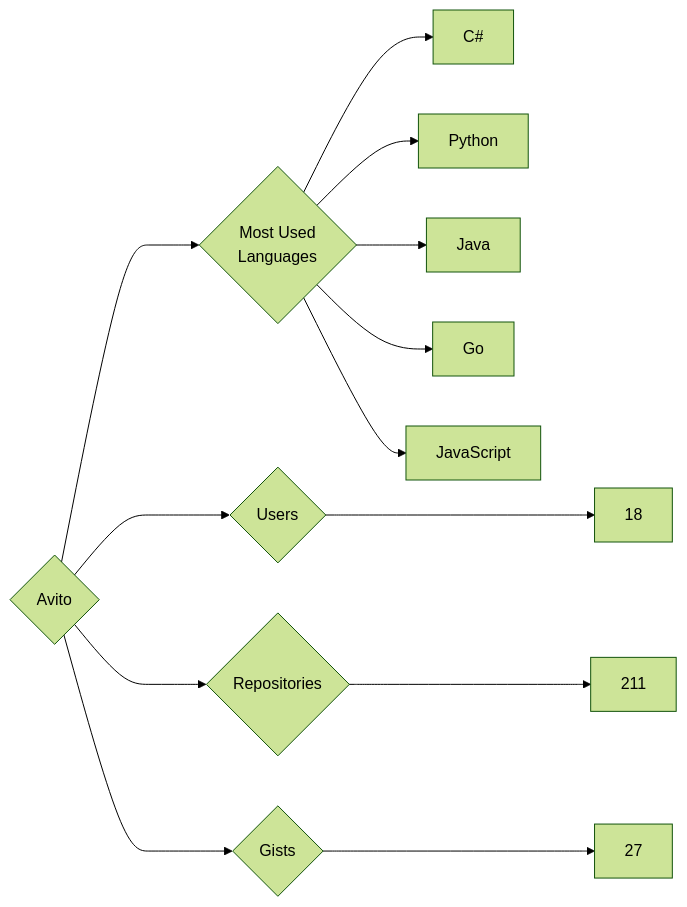
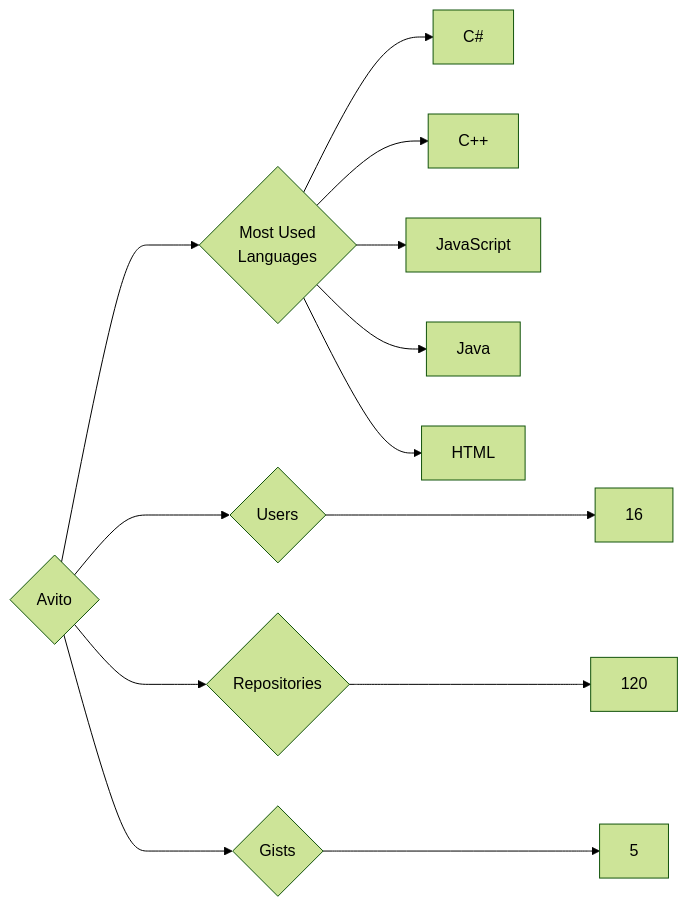
Before and after one commit to trickest/insiders: the diagram in targets/Avito/README.md, drawn with Mermaid (forest theme). The commit also changed 924 other files, not shown here.

````diff
--- a/targets/Avito/README.md
+++ b/targets/Avito/README.md
@@ -3,13 +3,13 @@
 ```mermaid
 graph LR
 COMPANY_NAME{Avito}
-COMPANY_NAME ---> U{Users} ---> UN[18]
-COMPANY_NAME ---> R{Repositories} ---> RN[211]
-COMPANY_NAME ---> G{Gists} ---> GN[27]
+COMPANY_NAME ---> U{Users} ---> UN[16]
+COMPANY_NAME ---> R{Repositories} ---> RN[120]
+COMPANY_NAME ---> G{Gists} ---> GN[5]
 COMPANY_NAME ---> ML{Most Used<br>Languages}
 ML --> C#[C#]
-ML --> Python[Python]
+ML --> C++[C++]
+ML --> JavaScript[JavaScript]
 ML --> Java[Java]
-ML --> Go[Go]
-ML --> JavaScript[JavaScript]
+ML --> HTML[HTML]
 ```
````
